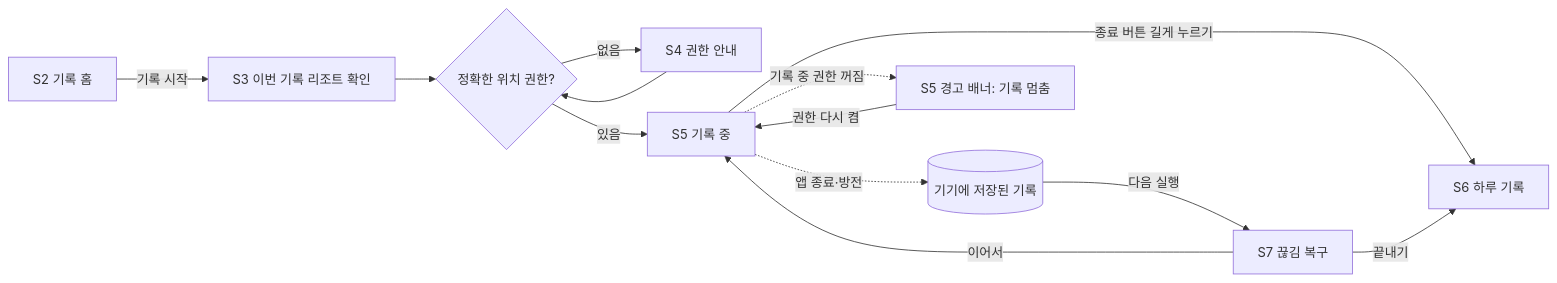
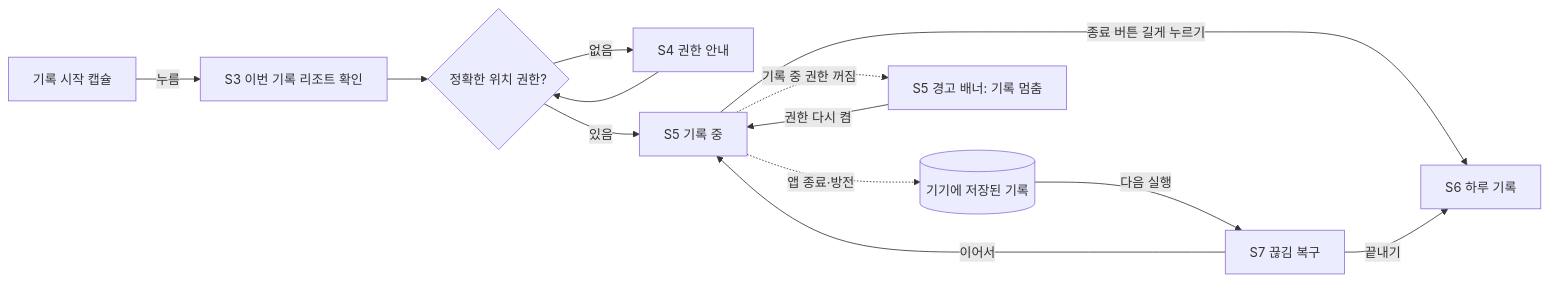
The second of 2 diagrams in docs/04-flows.md (JIHO45/SlopeMate), drawn with Mermaid before and after one commit. The commit also changed other lines of this file and 18 other files, not shown here.

````diff
--- a/docs/04-flows.md
+++ b/docs/04-flows.md
@@ -86,14 +104,14 @@
 ```mermaid
 flowchart LR
-    A[S2 기록 홈] -->|기록 시작| D[S3 이번 기록 리조트 확인]
+    A[기록 시작 캡슐] -->|누름| D[S3 이번 기록 리조트 확인]
     D --> B{정확한 위치 권한?}
     B -->|없음| C[S4 권한 안내] --> B
     B -->|있음| E[S5 기록 중]
     E -->|종료 버튼 길게 누르기| F[S6 하루 기록]
     E -.->|앱 종료·방전| G[(기기에 저장된 기록)]
     G -->|다음 실행| H[S7 끊김 복구]
     H -->|이어서| E
     H -->|끝내기| F
     E -.->|기록 중 권한 꺼짐| I[S5 경고 배너: 기록 멈춤]
     I -->|권한 다시 켬| E
 ```
````
